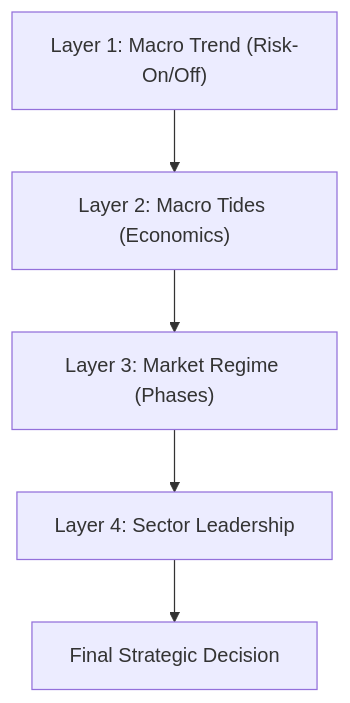
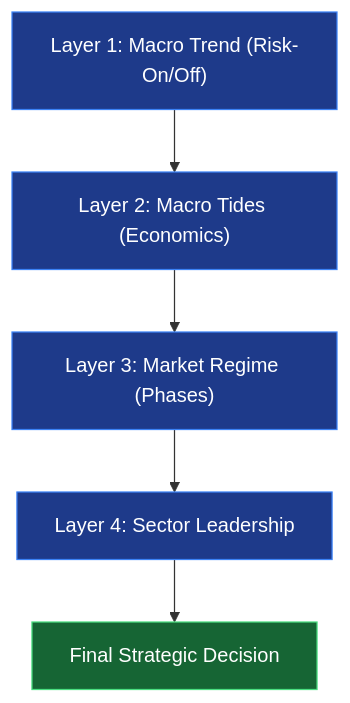
Before and after one commit to rightedges/stockintelligence: the first of 5 diagrams in docs/market_intelligence.md, drawn with Mermaid. The commit also changed other lines of this file, not shown here.

Commit message:
Docs: Enhanced Market Intelligence documentation with high-contrast visual diagrams

````diff
--- a/docs/market_intelligence.md
+++ b/docs/market_intelligence.md
@@ -11,7 +11,13 @@
 ```mermaid
 graph TD
     A["Layer 1: Macro Trend (Risk-On/Off)"] --> B["Layer 2: Macro Tides (Economics)"]
     B --> C["Layer 3: Market Regime (Phases)"]
     C --> D["Layer 4: Sector Leadership"]
     D --> E["Final Strategic Decision"]
+
+    style A fill:#1e3a8a,stroke:#3b82f6,color:#fff
+    style B fill:#1e3a8a,stroke:#3b82f6,color:#fff
+    style C fill:#1e3a8a,stroke:#3b82f6,color:#fff
+    style D fill:#1e3a8a,stroke:#3b82f6,color:#fff
+    style E fill:#166534,stroke:#4ade80,color:#fff
 ```
````
